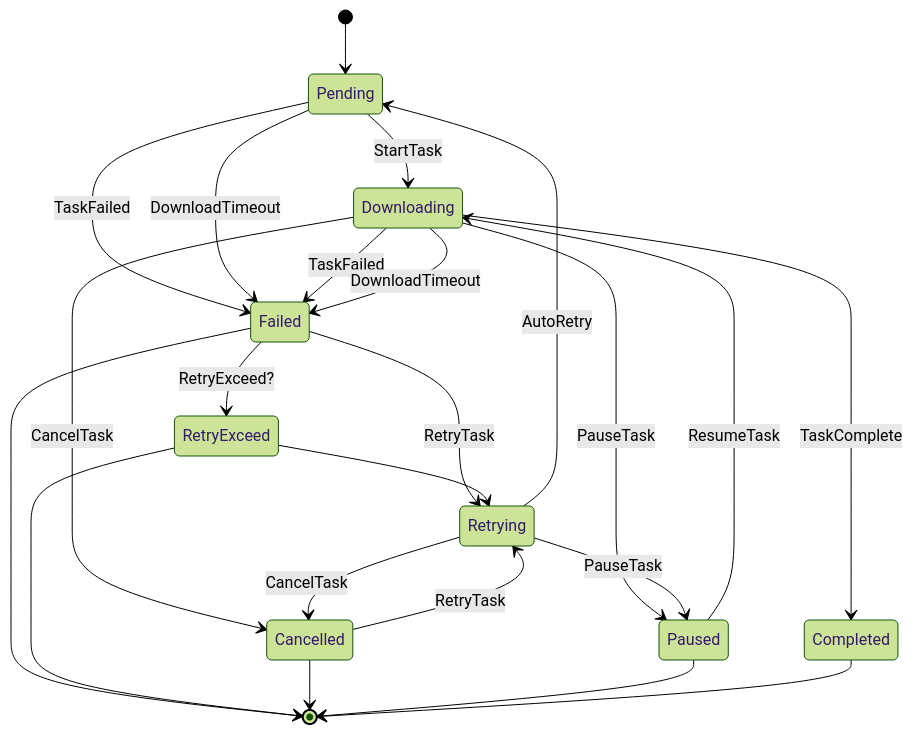
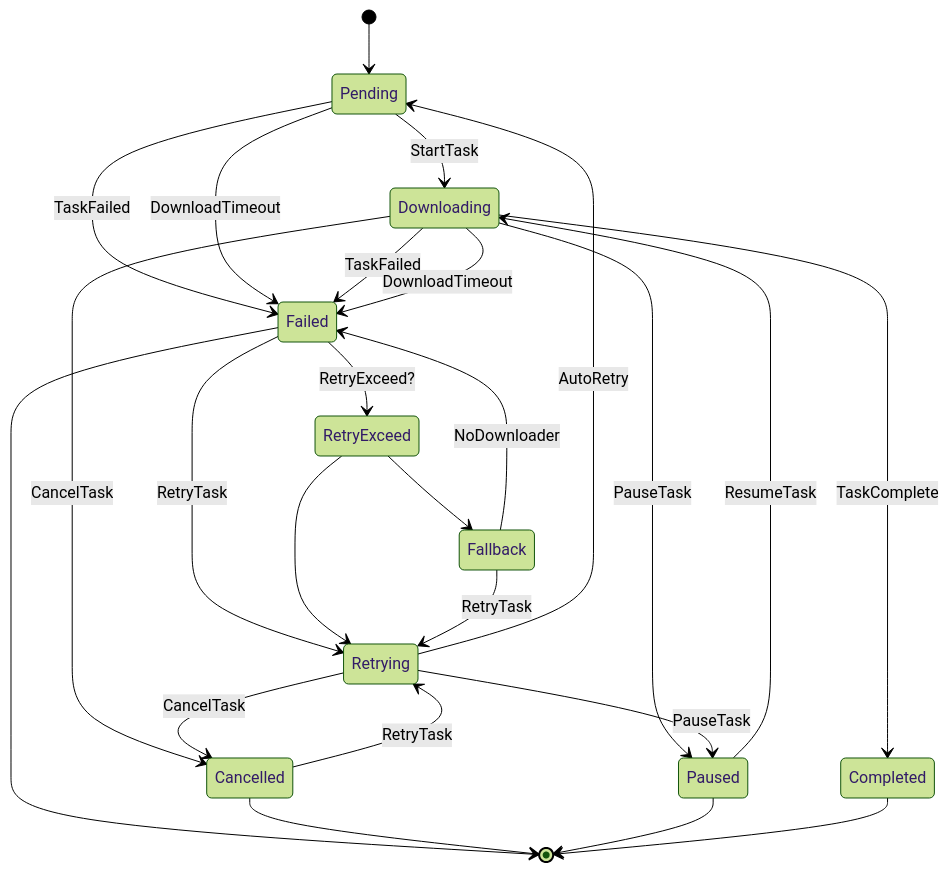
The diagram in crates/downloader/README.md (lyqingye/bangumi-rs), drawn with Mermaid (forest theme) before and after one commit.

````diff
--- a/crates/downloader/README.md
+++ b/crates/downloader/README.md
@@ -3,34 +3,37 @@
 ```mermaid
 stateDiagram
   direction TB
 
 
   [*] --> Pending
   Pending --> Downloading:StartTask
   Pending --> Failed:TaskFailed
   Pending --> Failed:DownloadTimeout
   Downloading --> Completed:TaskComplete
   Downloading --> Failed:TaskFailed
   Downloading --> Cancelled:CancelTask
   Downloading --> Failed:DownloadTimeout
   Downloading --> Paused:PauseTask
 
   Failed --> Retrying:RetryTask
   Failed --> [*]
   Failed --> RetryExceed: RetryExceed?
   state RetryExceed <<choice>>
-  RetryExceed --> [*]
+  RetryExceed --> Fallback
   RetryExceed --> Retrying
 
   Cancelled --> Retrying:RetryTask
   Cancelled --> [*]
 
   Retrying --> Pending:AutoRetry
   Retrying --> Cancelled:CancelTask
   Retrying --> Paused:PauseTask
 
   Paused --> Downloading:ResumeTask
   Paused --> [*]
 
+  Fallback --> Failed:NoDownloader
+  Fallback --> Retrying:RetryTask
+
   Completed --> [*]
 ```
````
